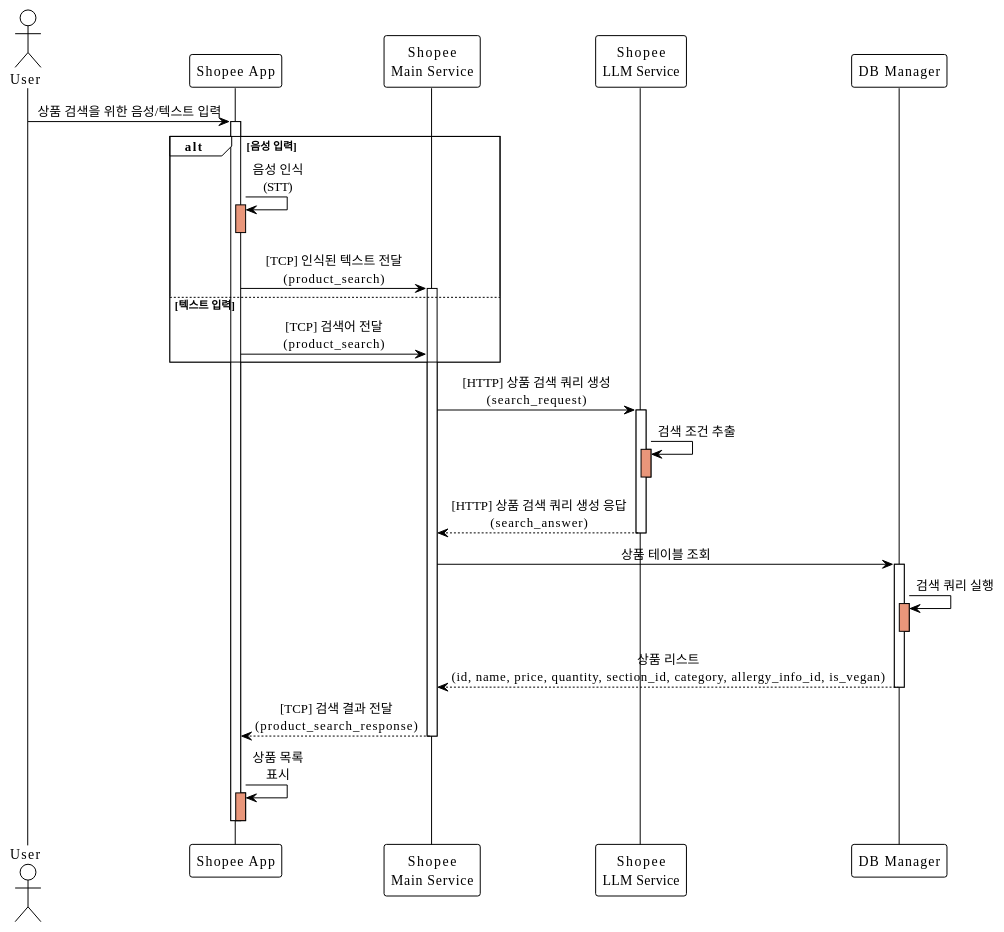
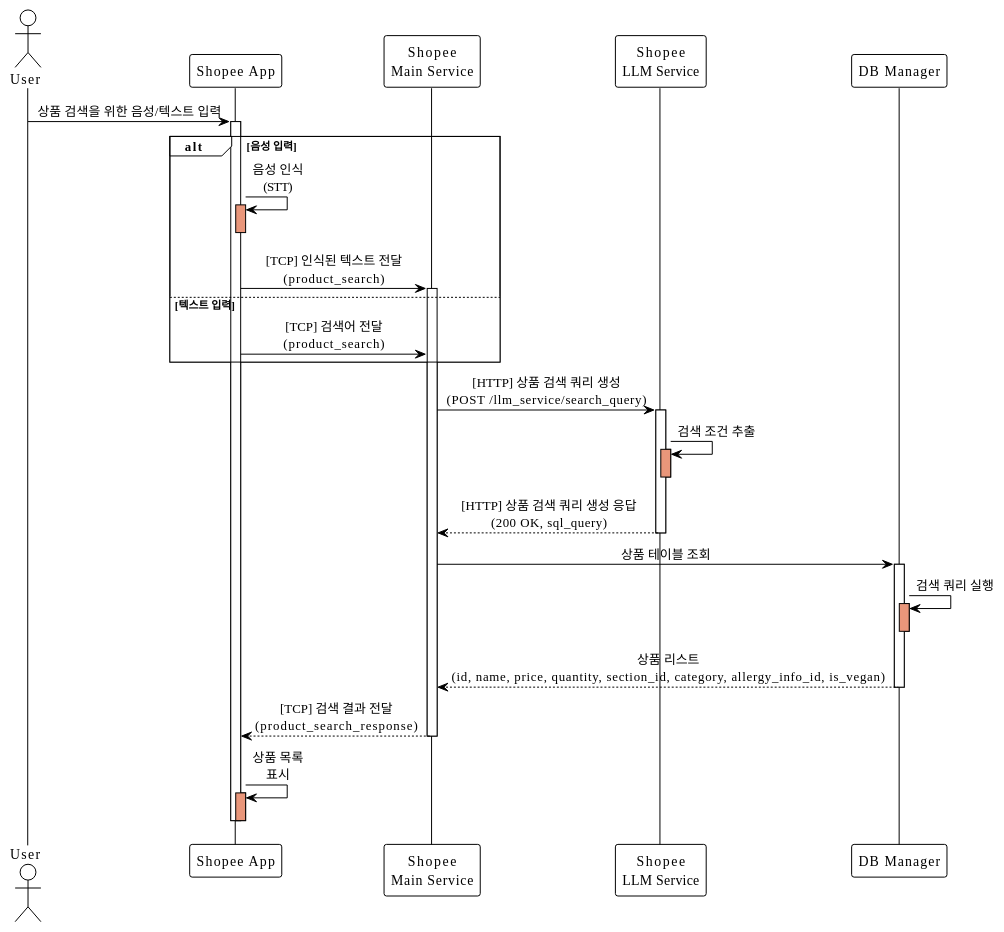
The diagram in docs/SequenceDiagram/SC_01_2.md (addinedu-roscamp-7th/roscamp-repo-1), drawn with PlantUML before and after one commit. The commit also changed 40 other files, not shown here.

```diff
--- a/docs/SequenceDiagram/SC_01_2.md
+++ b/docs/SequenceDiagram/SC_01_2.md
@@ -1,55 +1,55 @@
 @startuml SC_01_2
 !theme plain
 skinparam backgroundColor #FFFFFF
 skinparam sequenceMessageAlign center
 
 actor User as user
 participant "Shopee App" as app
 participant "Shopee\nMain Service" as main
 participant "Shopee\nLLM Service" as llm
 participant "DB Manager" as db
 
 user -> app: 상품 검색을 위한 음성/텍스트 입력
 activate app
 
 alt 음성 입력
     app -> app: 음성 인식\n(STT)
     activate app #DarkSalmon
     deactivate app
     
     app -> main: [TCP] 인식된 텍스트 전달\n(product_search)
     activate main
 else 텍스트 입력
     app -> main: [TCP] 검색어 전달\n(product_search)
 end
 
-main -> llm: [HTTP] 상품 검색 쿼리 생성\n(search_request)
+main -> llm: [HTTP] 상품 검색 쿼리 생성\n(POST /llm_service/search_query)
 activate llm
 
 llm -> llm: 검색 조건 추출
 activate llm #DarkSalmon
 deactivate llm
 
-llm --> main: [HTTP] 상품 검색 쿼리 생성 응답\n(search_answer)
+llm --> main: [HTTP] 상품 검색 쿼리 생성 응답\n(200 OK, sql_query)
 deactivate llm
 
 main -> db: 상품 테이블 조회
 activate db
 
 db -> db: 검색 쿼리 실행
 activate db #DarkSalmon
 deactivate db
 
 db --> main: 상품 리스트\n(id, name, price, quantity, section_id, category, allergy_info_id, is_vegan)
 deactivate db
 
 main --> app: [TCP] 검색 결과 전달\n(product_search_response)
 deactivate main
 
 app -> app: 상품 목록\n표시
 activate app #DarkSalmon
 deactivate app
 
 deactivate app
 
 @enduml
```
